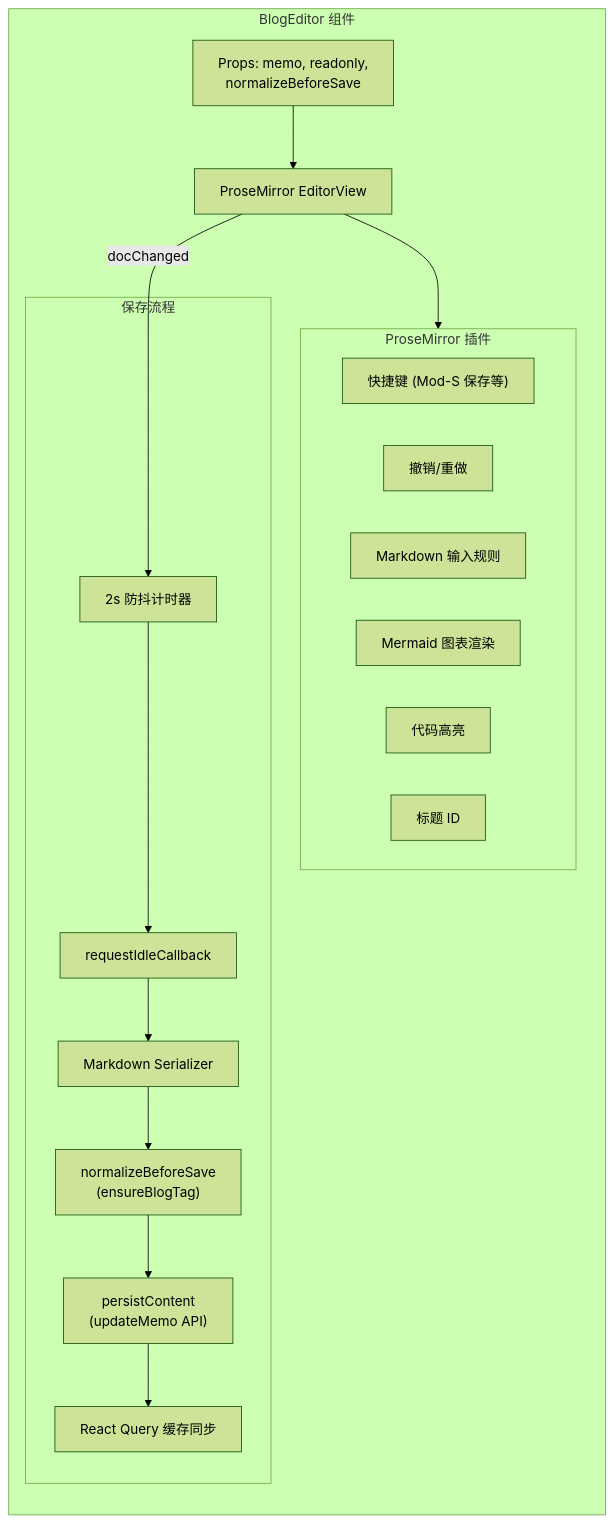
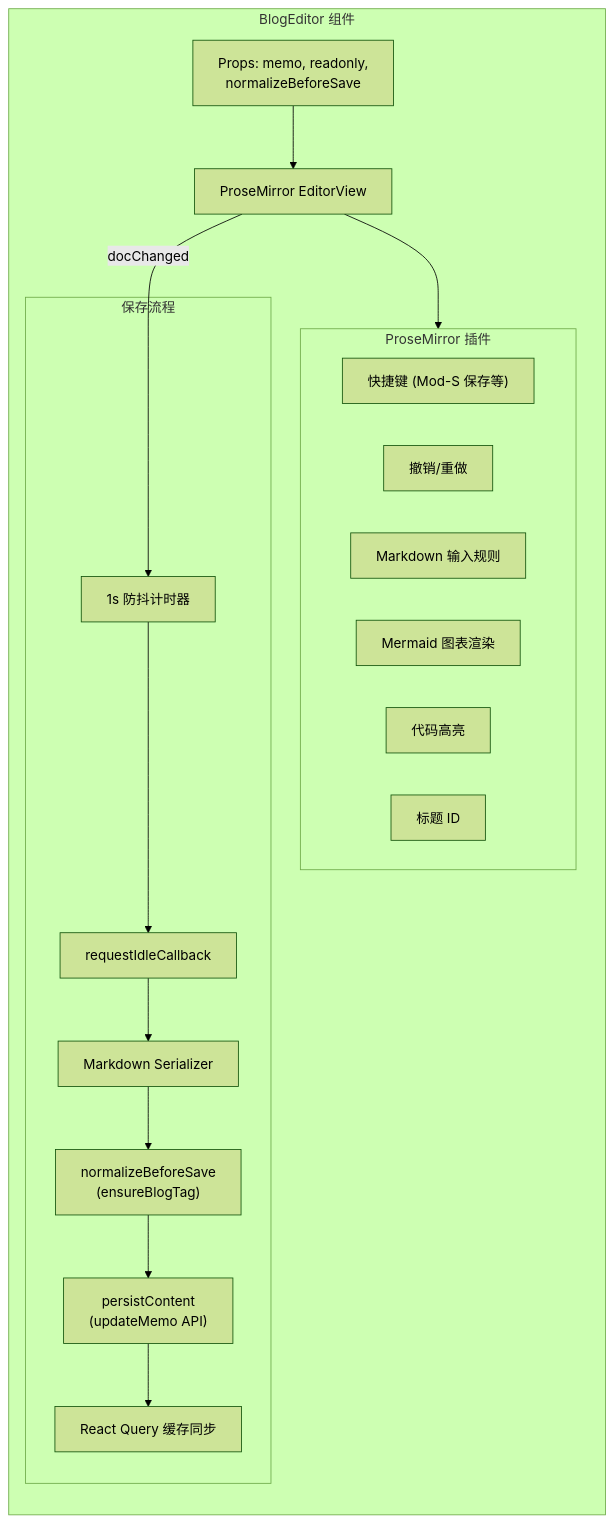
One commit to austinhmh/memos changed the seventh of 8 diagrams in docs/SERVICE_DESIGN.md. Above: the diagram before and after it, drawn with Mermaid (forest theme). The commit also changed other lines of this file and 22 other files, not shown here.

First line of the commit message:
fix: stabilize blog editor table e2e flows

````diff
--- a/docs/SERVICE_DESIGN.md
+++ b/docs/SERVICE_DESIGN.md
@@ -298,35 +298,35 @@
 ```mermaid
 flowchart TB
     subgraph BlogEditorComponent["BlogEditor 组件"]
         direction TB
         Props["Props: memo, readonly,<br/>normalizeBeforeSave"]
         ProseMirror["ProseMirror EditorView"]
         
         subgraph Plugins["ProseMirror 插件"]
             Keymap["快捷键 (Mod-S 保存等)"]
             History["撤销/重做"]
             InputRules["Markdown 输入规则"]
             Mermaid["Mermaid 图表渲染"]
             CodeHighlight["代码高亮"]
             HeadingId["标题 ID"]
         end
         
         subgraph SaveFlow["保存流程"]
-            Timer["2s 防抖计时器"]
+            Timer["1s 防抖计时器"]
             IdleTask["requestIdleCallback"]
             Serializer["Markdown Serializer"]
             Normalizer["normalizeBeforeSave<br/>(ensureBlogTag)"]
             Persist["persistContent<br/>(updateMemo API)"]
             CacheSync["React Query 缓存同步"]
         end
     end
     
     Props --> ProseMirror
     ProseMirror --> Plugins
     ProseMirror -->|"docChanged"| Timer
     Timer --> IdleTask
     IdleTask --> Serializer
     Serializer --> Normalizer
     Normalizer --> Persist
     Persist --> CacheSync
 ```
````
